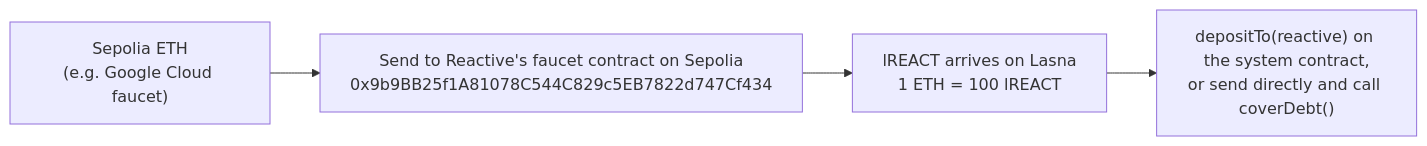
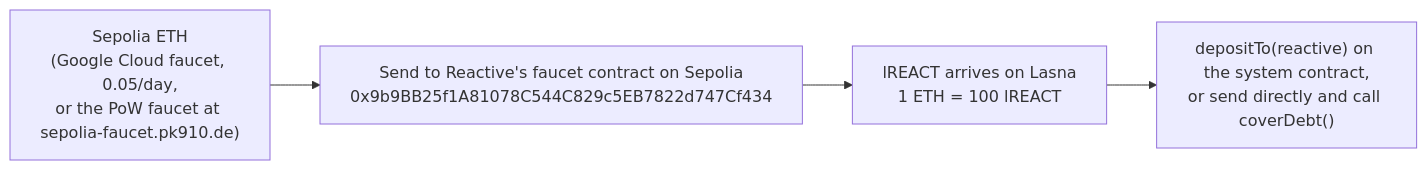
One commit to debojyoti10CC/oorka changed the diagram in docs-site/keeper/operations.mdx. Above: the diagram before and after it, drawn with Mermaid. The commit also changed other lines of this file and 5 other files, not shown here.

````diff
--- a/docs-site/keeper/operations.mdx
+++ b/docs-site/keeper/operations.mdx
@@ -25,6 +25,6 @@
 ```mermaid
 flowchart LR
-    A["Sepolia ETH<br/>(e.g. Google Cloud faucet)"] --> B["Send to Reactive's faucet contract on Sepolia<br/>0x9b9BB25f1A81078C544C829c5EB7822d747Cf434"]
+    A["Sepolia ETH<br/>(Google Cloud faucet, 0.05/day,<br/>or the PoW faucet at sepolia-faucet.pk910.de)"] --> B["Send to Reactive's faucet contract on Sepolia<br/>0x9b9BB25f1A81078C544C829c5EB7822d747Cf434"]
     B --> C["lREACT arrives on Lasna<br/>1 ETH = 100 lREACT"]
     C --> D["depositTo(reactive) on the system contract,<br/>or send directly and call coverDebt()"]
 ```
````
